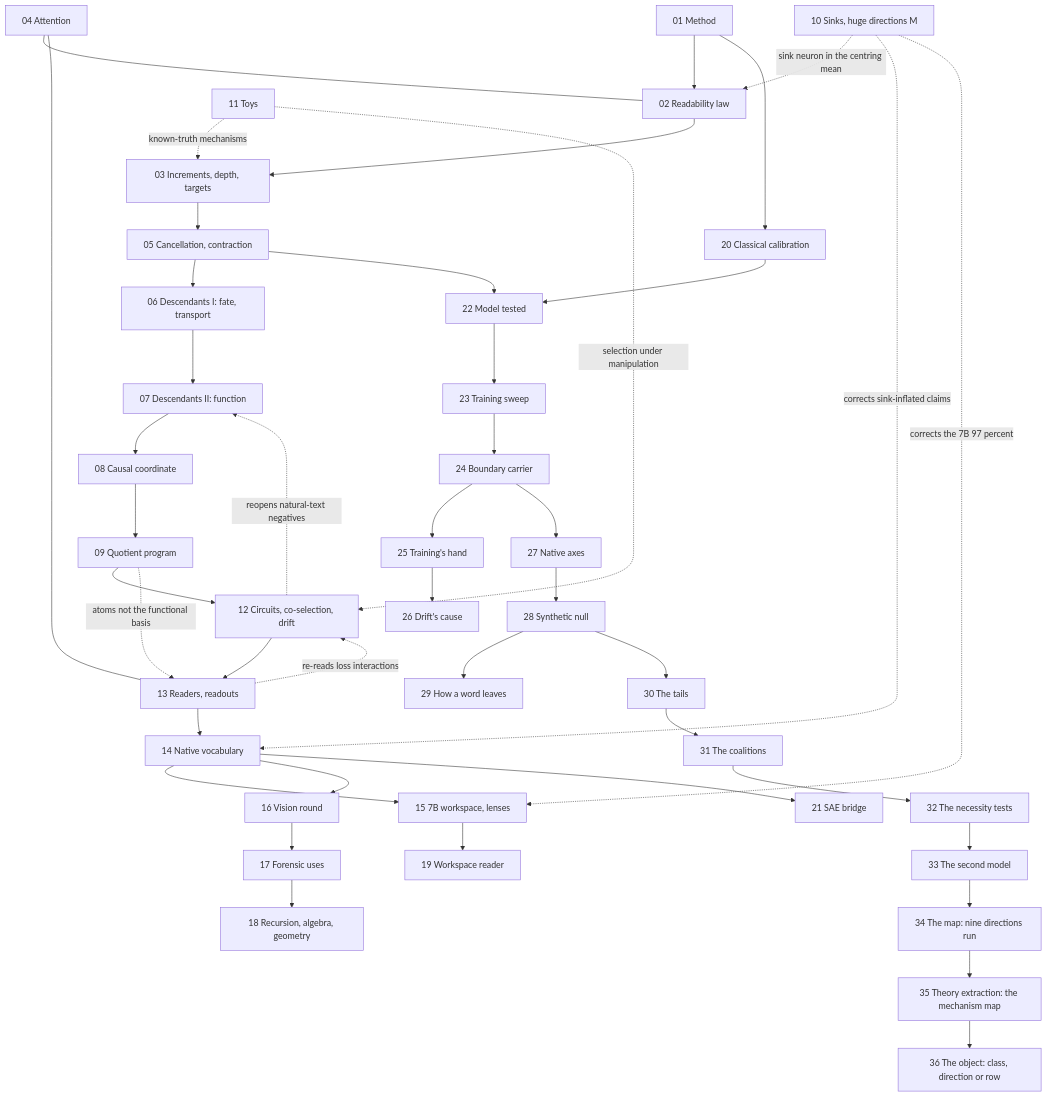
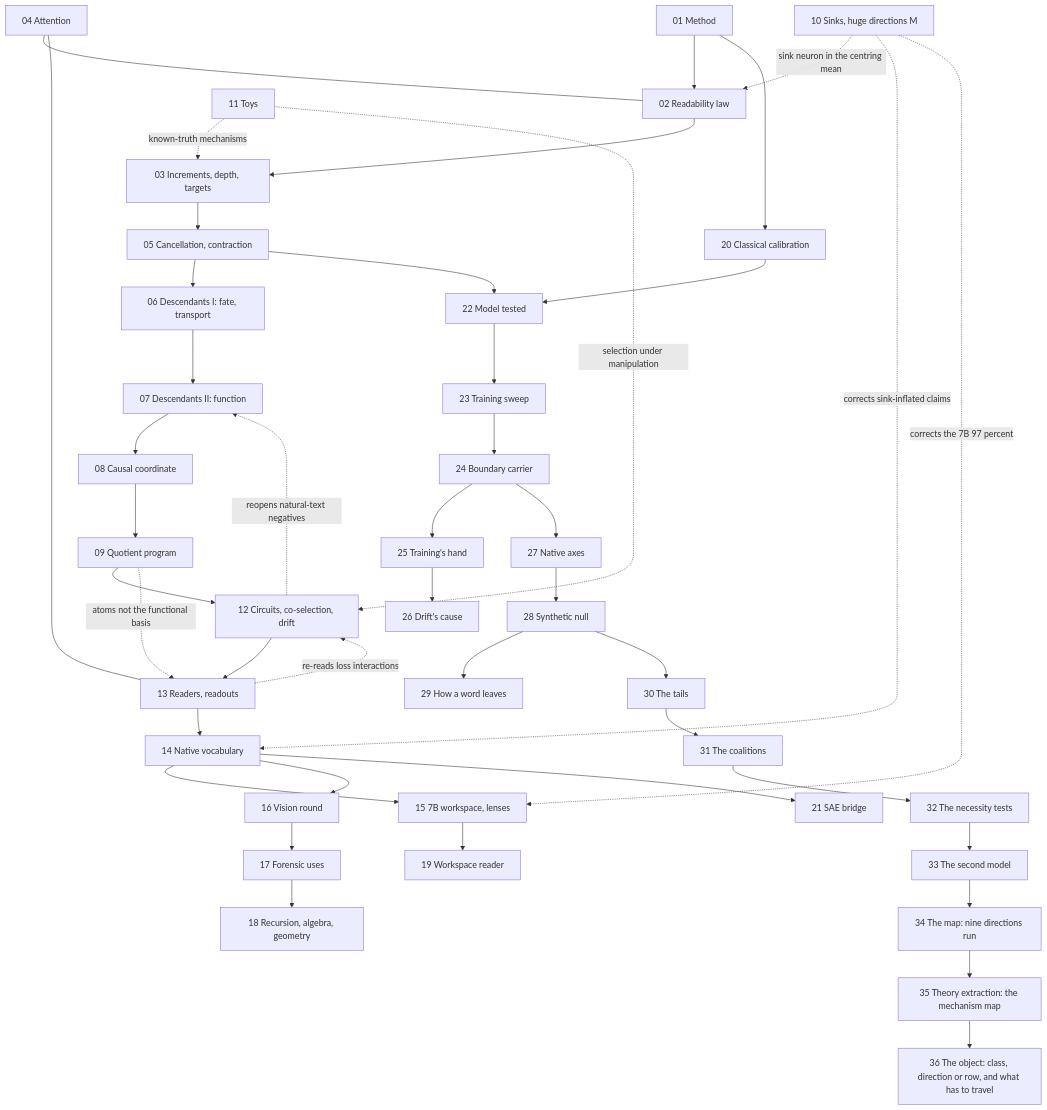
The diagram in docs/ATLAS.md (sunmoonron/wdd-descendants), drawn with Mermaid before and after one commit. The commit also changed other lines of this file and 17 other files, not shown here.

First line of the commit message:
Phase 3bq: what has to travel, and what the instrument is for (e578, e579)

````diff
--- a/docs/ATLAS.md
+++ b/docs/ATLAS.md
@@ -87,46 +87,46 @@
 ```mermaid
 flowchart TD
   A01["01 Method"] --> A02["02 Readability law"]
   A02 --> A03["03 Increments, depth, targets"]
   A03 --> A05["05 Cancellation, contraction"]
   A05 --> A06["06 Descendants I: fate, transport"]
   A06 --> A07["07 Descendants II: function"]
   A07 --> A08["08 Causal coordinate"]
   A08 --> A09["09 Quotient program"]
   A09 --> A12["12 Circuits, co-selection, drift"]
   A12 --> A13["13 Readers, readouts"]
   A13 --> A14["14 Native vocabulary"]
   A14 --> A15["15 7B workspace, lenses"]
   A14 --> A16["16 Vision round"]
   A16 --> A17["17 Forensic uses"]
   A17 --> A18["18 Recursion, algebra, geometry"]
   A15 --> A19["19 Workspace reader"]
   A01 --> A20["20 Classical calibration"]
   A14 --> A21["21 SAE bridge"]
   A20 --> A22["22 Model tested"]
   A22 --> A23["23 Training sweep"]
   A23 --> A24["24 Boundary carrier"]
   A24 --> A25["25 Training's hand"]
   A25 --> A26["26 Drift's cause"]
   A24 --> A27["27 Native axes"]
   A27 --> A28["28 Synthetic null"]
   A28 --> A29["29 How a word leaves"]
   A28 --> A30["30 The tails"]
   A30 --> A31["31 The coalitions"]
   A31 --> A32["32 The necessity tests"]
   A32 --> A33["33 The second model"]
   A33 --> A34["34 The map: nine directions run"]
   A34 --> A35["35 Theory extraction: the mechanism map"]
-  A35 --> A36["36 The object: class, direction or row"]
+  A35 --> A36["36 The object: class, direction or row, and what has to travel"]
   A05 --> A22
   A04["04 Attention"] --- A02
   A04 --- A13
   A10["10 Sinks, huge directions M"] -.->|sink neuron in the centring mean| A02
   A10 -.->|corrects sink-inflated claims| A14
   A10 -.->|corrects the 7B 97 percent| A15
   A11["11 Toys"] -.->|known-truth mechanisms| A03
   A11 -.->|selection under manipulation| A12
   A12 -.->|reopens natural-text negatives| A07
   A13 -.->|re-reads loss interactions| A12
   A09 -.->|atoms not the functional basis| A13
 ```
````
